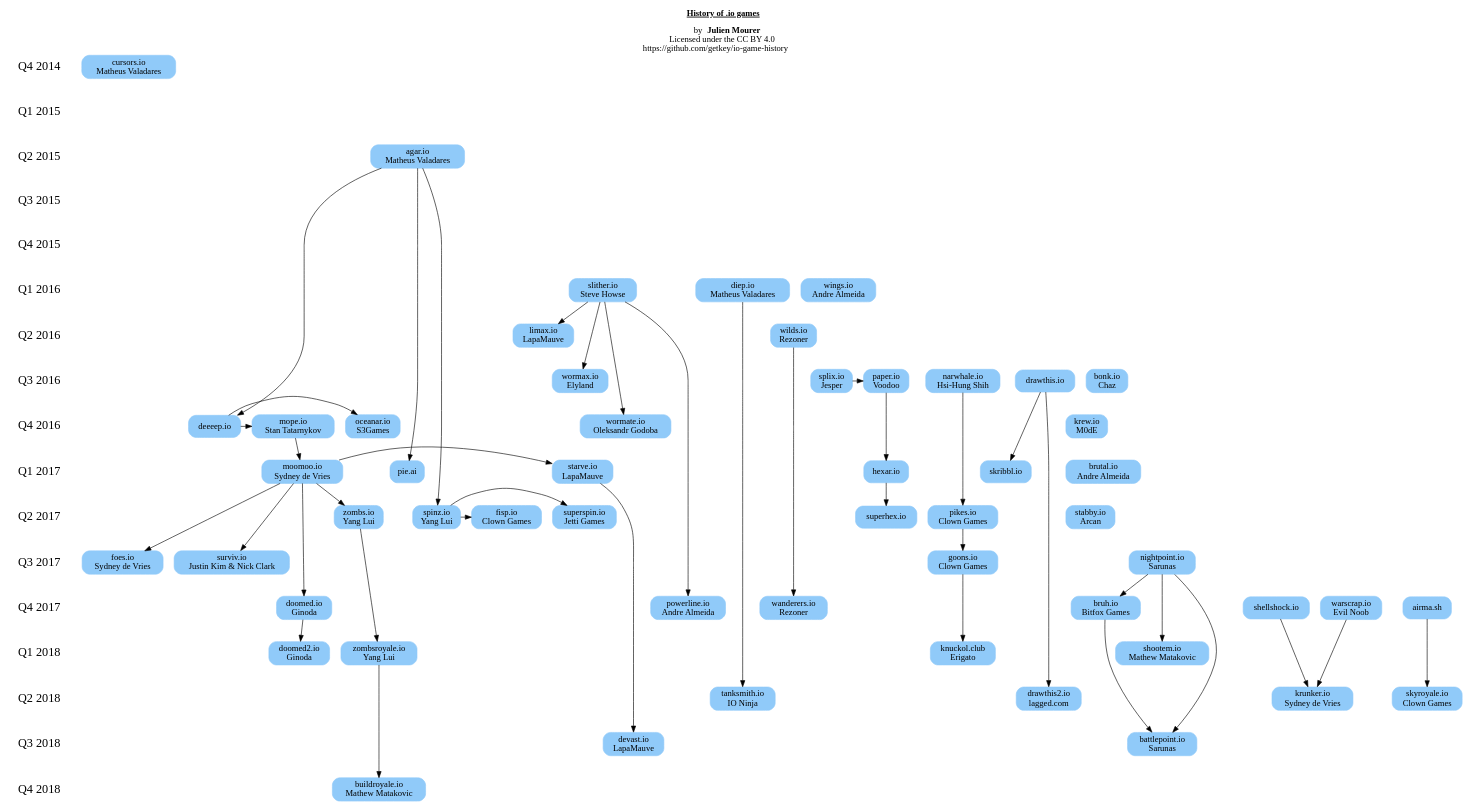
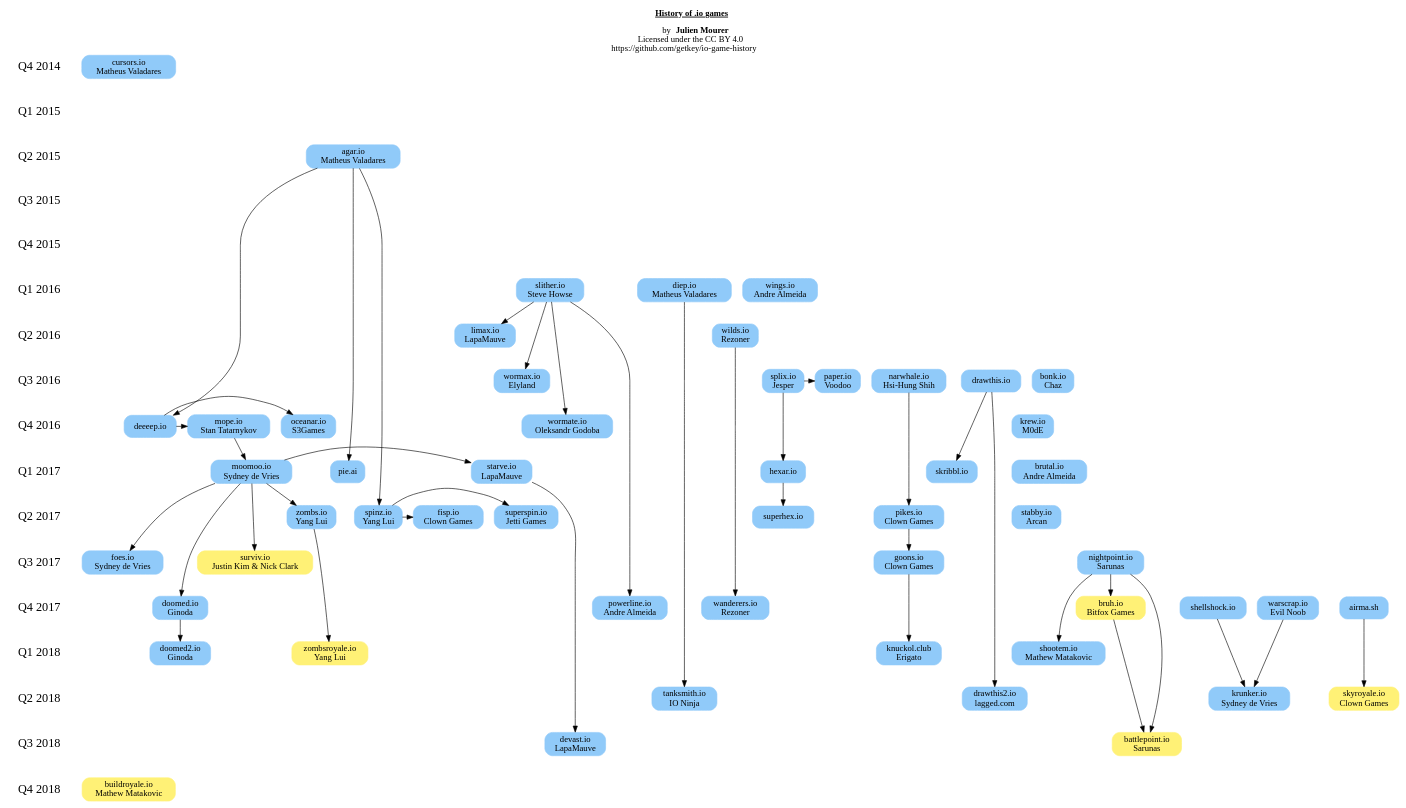
The diagram in io-game-history.gv (getkey/io-game-history), drawn with Graphviz before and after one commit. The commit also changed 4 other files, not shown here.

Commit message:
Make battle royale io games yellow, fix mistake and add legend

```diff
--- a/io-game-history.gv
+++ b/io-game-history.gv
@@ -1,122 +1,129 @@
 digraph iogames {
     labelloc=t;
     label=<<u><b>History of .io games</b></u><br/><br/>by <b>Julien Mourer</b><br/>Licensed under the CC BY 4.0<br/>https://github.com/getkey/io-game-history>;
 
 	{
 		node [shape=none, color=white, fillcolor=white, fontsize=20, height=.5];
 		edge [style=invis]
 
 		{ "2014q4" [label="Q4 2014"] }
 		{ "2015q1" [label="Q1 2015"] }
 		{ "2015q2" [label="Q2 2015"] }
 		{ "2015q3" [label="Q3 2015"] }
 		{ "2015q4" [label="Q4 2015"] }
 		{ "2016q1" [label="Q1 2016"] }
 		{ "2016q2" [label="Q2 2016"] }
 		{ "2016q3" [label="Q3 2016"] }
 		{ "2016q4" [label="Q4 2016"] }
 		{ "2017q1" [label="Q1 2017"] }
 		{ "2017q2" [label="Q2 2017"] }
 		{ "2017q3" [label="Q3 2017"] }
 		{ "2017q4" [label="Q4 2017"] }
 		{ "2018q1" [label="Q1 2018"] }
 		{ "2018q2" [label="Q2 2018"] }
 		{ "2018q3" [label="Q3 2018"] }
 		{ "2018q4" [label="Q4 2018"] }
 
 		"2014q4" ->
 		"2015q1" -> "2015q2" -> "2015q3" -> "2015q4" ->
 		"2016q1" -> "2016q2" -> "2016q3" -> "2016q4" ->
 		"2017q1" -> "2017q2" -> "2017q3" -> "2017q4" ->
 		"2018q1" -> "2018q2" -> "2018q3" -> "2018q4";
 	}
 
 	{
 		node [color="#90caf9", style="rounded, filled", shape=box];
 
 		{ rank=same; "2014q4"; "cursors.io" [label="\N\nMatheus Valadares"] }
-		{ rank=same; "2015q2"; "agar.io" [label="\N\nMatheus Valadares"] } /* https://en.wikipedia.org/wiki/Agar.io */
-		{ rank=same; "2016q1"; "slither.io" [label="\N\nSteve Howse"] } /* https://en.wikipedia.org/wiki/Slither.io */
+		{ rank=same; "2015q2"; "agar.io" [label="\N\nMatheus Valadares"] } // https://en.wikipedia.org/wiki/Agar.io
+		{ rank=same; "2016q1"; "slither.io" [label="\N\nSteve Howse"] } // https://en.wikipedia.org/wiki/Slither.io
 		{ rank=same; "2016q1"; "diep.io" [label="\N\nMatheus Valadares"] }
 		{ rank=same; "2016q1"; "wings.io" [label="\N\nAndre Almeida"] }
 		{ rank=same; "2016q2"; "limax.io" [label="\N\nLapaMauve"] }
 		{ rank=same; "2016q2"; "wilds.io" [label="\N\nRezoner"] }
 		{ rank=same; "2016q3"; "wormax.io" [label="\N\nElyland"] }
 		{ rank=same; "2016q4"; "deeeep.io" }
 		{ rank=same; "2016q4"; "oceanar.io" [label="\N\nS3Games"] }
 		{ rank=same; "2016q4"; "mope.io" [label="\N\nStan Tatarnykov"] }
 		{ rank=same; "2016q4"; "wormate.io" [label="\N\nOleksandr Godoba"] }
 		{ rank=same; "2016q3"; "paper.io" [label="\N\nVoodoo"] }
 		{ rank=same; "2016q3"; "narwhale.io" [label="\N\nHsi-Hung Shih"] }
 		{ rank=same; "2016q3"; "splix.io" [label="\N\nJesper"] }
 		{ rank=same; "2016q3"; "drawthis.io" }
 		{ rank=same; "2016q3"; "bonk.io" [label="\N\nChaz"] }
 		{ rank=same; "2016q4"; "krew.io" [label="\N\nM0dE"] }
 		{ rank=same; "2017q1"; "brutal.io" [label="\N\nAndre Almeida"] }
 		{ rank=same; "2017q1"; "hexar.io" }
 		{ rank=same; "2017q1"; "pie.ai" }
 		{ rank=same; "2017q1"; "moomoo.io" [label="\N\nSydney de Vries"] }
 		{ rank=same; "2017q1"; "starve.io" [label="\N\nLapaMauve"] }
 		{ rank=same; "2017q1"; "skribbl.io" }
 		{ rank=same; "2017q2"; "stabby.io" [label="\N\nArcan"] }
 		{ rank=same; "2017q2"; "zombs.io" [label="\N\nYang Lui"] }
 		{ rank=same; "2017q2"; "spinz.io" [label="\N\nYang Lui"] }
 		{ rank=same; "2017q2"; "superspin.io" [label="\N\nJetti Games"] }
 		{ rank=same; "2017q2"; "fisp.io" [label="\N\nClown Games"] }
 		{ rank=same; "2017q2"; "pikes.io" [label="\N\nClown Games"] }
 		{ rank=same; "2017q2"; "superhex.io" }
 		{ rank=same; "2017q3"; "goons.io" [label="\N\nClown Games"] }
 		{ rank=same; "2017q3"; "foes.io" [label="\N\nSydney de Vries"] }
-		{ rank=same; "2017q3"; "surviv.io" [label="\N\nJustin Kim & Nick Clark"] } /* https://en.wikipedia.org/wiki/Surviv.io */
 		{ rank=same; "2017q3"; "nightpoint.io" [label="\N\nSarunas"] }
 		{ rank=same; "2017q4"; "powerline.io" [label="\N\nAndre Almeida"] }
 		{ rank=same; "2017q4"; "doomed.io" [label="\N\nGinoda"] }
-		{ rank=same; "2017q4"; "bruh.io" [label="\N\nBitfox Games"] }
 		{ rank=same; "2017q4"; "wanderers.io" [label="\N\nRezoner"] }
 		{ rank=same; "2017q4"; "shellshock.io" }
 		{ rank=same; "2017q4"; "warscrap.io" [label="\N\nEvil Noob"] }
 		{ rank=same; "2017q4"; "airma.sh" }
 		{ rank=same; "2018q1"; "shootem.io" [label="\N\nMathew Matakovic"] }
-		{ rank=same; "2018q1"; "zombsroyale.io" [label="\N\nYang Lui"] }
 		{ rank=same; "2018q1"; "knuckol.club" [label="\N\nErigato"] }
 		{ rank=same; "2018q1"; "doomed2.io" [label="\N\nGinoda"] }
-		{ rank=same; "2018q2"; "skyroyale.io" [label="\N\nClown Games"] }
 		{ rank=same; "2018q2"; "tanksmith.io" [label="\N\nIO Ninja"] }
 		{ rank=same; "2018q2"; "drawthis2.io" [label="\N\nlagged.com"] }
 		{ rank=same; "2018q2"; "krunker.io" [label="\N\nSydney de Vries"] }
 		{ rank=same; "2018q3"; "devast.io" [label="\N\nLapaMauve"] }
+	}
+
+	{
+		/* Battle royale */
+		node [color="#fff176", style="rounded, filled", shape=box];
+
+		{ rank=same; "2017q3"; "surviv.io" [label="\N\nJustin Kim & Nick Clark"] } // https://en.wikipedia.org/wiki/Surviv.io
+		{ rank=same; "2017q4"; "bruh.io" [label="\N\nBitfox Games"] }
+		{ rank=same; "2018q1"; "zombsroyale.io" [label="\N\nYang Lui"] }
+		{ rank=same; "2018q2"; "skyroyale.io" [label="\N\nClown Games"] }
 		{ rank=same; "2018q3"; "battlepoint.io" [label="\N\nSarunas"] }
-		{ rank=same; "2018q4"; "buildroyale.io" [label="\N\nMathew Matakovic"] }
+		{ rank=same; "2018q4"; "buildroyale.io" [label="\N\nMathew Matakovic"] } // Mathew over Discord: "Build Royale was inspired by Creative Destruction"
+	}
 
-		"slither.io" -> "wormax.io";
-		"slither.io" -> "wormate.io";
-		"slither.io" -> "limax.io";
-		"slither.io" -> "powerline.io";
-		"deeeep.io" -> "oceanar.io";
-		"deeeep.io" -> "mope.io" -> "moomoo.io";
-		"moomoo.io" -> "foes.io";
-		"moomoo.io" -> "doomed.io" -> "doomed2.io";
-		"moomoo.io" -> "starve.io" -> "devast.io";
-		"moomoo.io" -> "surviv.io";
-		"moomoo.io" -> "zombs.io" -> "zombsroyale.io" -> "buildroyale.io";
-		"nightpoint.io" -> "battlepoint.io";
-		"nightpoint.io" -> "bruh.io";
-		"nightpoint.io" -> "shootem.io";
-		"bruh.io" -> "battlepoint.io";
-		"wilds.io" -> "wanderers.io";
-		"agar.io" -> "spinz.io" -> "fisp.io";
-		"spinz.io" -> "superspin.io";
-		"agar.io" -> "pie.ai";
-		"splix.io" -> "paper.io" -> "hexar.io" -> "superhex.io";
-		"agar.io" -> "deeeep.io";
-		"diep.io" -> "tanksmith.io";
-		"warscrap.io" -> "krunker.io";
-		"shellshock.io" -> "krunker.io";
-		"drawthis.io" -> "skribbl.io";
-		"drawthis.io" -> "drawthis2.io";
-		"narwhale.io" -> "pikes.io" -> "goons.io";
-		"goons.io" -> "knuckol.club"; // confirmed to me by Erigato over Discord
-		"airma.sh" -> "skyroyale.io";
-		// Erigato says Yang tweeted that he should hop into making battle royale games like surviv, but I haven't been able to find the tweet so I'm not adding this relationship yet. It's good to know that this is probable though.
-	}
+	"slither.io" -> "wormax.io";
+	"slither.io" -> "wormate.io";
+	"slither.io" -> "limax.io";
+	"slither.io" -> "powerline.io";
+	"deeeep.io" -> "oceanar.io";
+	"deeeep.io" -> "mope.io" -> "moomoo.io";
+	"moomoo.io" -> "foes.io";
+	"moomoo.io" -> "doomed.io" -> "doomed2.io";
+	"moomoo.io" -> "starve.io" -> "devast.io";
+	"moomoo.io" -> "surviv.io";
+	"moomoo.io" -> "zombs.io" -> "zombsroyale.io";
+	"nightpoint.io" -> "battlepoint.io";
+	"nightpoint.io" -> "bruh.io";
+	"nightpoint.io" -> "shootem.io";
+	"bruh.io" -> "battlepoint.io";
+	"wilds.io" -> "wanderers.io";
+	"agar.io" -> "spinz.io" -> "fisp.io";
+	"spinz.io" -> "superspin.io";
+	"agar.io" -> "pie.ai";
+	"splix.io" -> "paper.io";
+	"splix.io" -> "hexar.io" -> "superhex.io";
+	"agar.io" -> "deeeep.io";
+	"diep.io" -> "tanksmith.io";
+	"warscrap.io" -> "krunker.io";
+	"shellshock.io" -> "krunker.io";
+	"drawthis.io" -> "skribbl.io";
+	"drawthis.io" -> "drawthis2.io";
+	"narwhale.io" -> "pikes.io" -> "goons.io";
+	"goons.io" -> "knuckol.club"; // confirmed to me by Erigato over Discord
+	"airma.sh" -> "skyroyale.io";
+	// Erigato says Yang tweeted that he should hop into making battle royale games like surviv, but I haven't been able to find the tweet so I'm not adding this relationship yet. It's good to know that this is probable though.
 }
```
